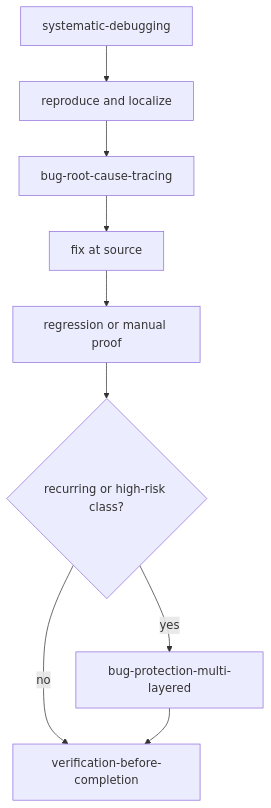
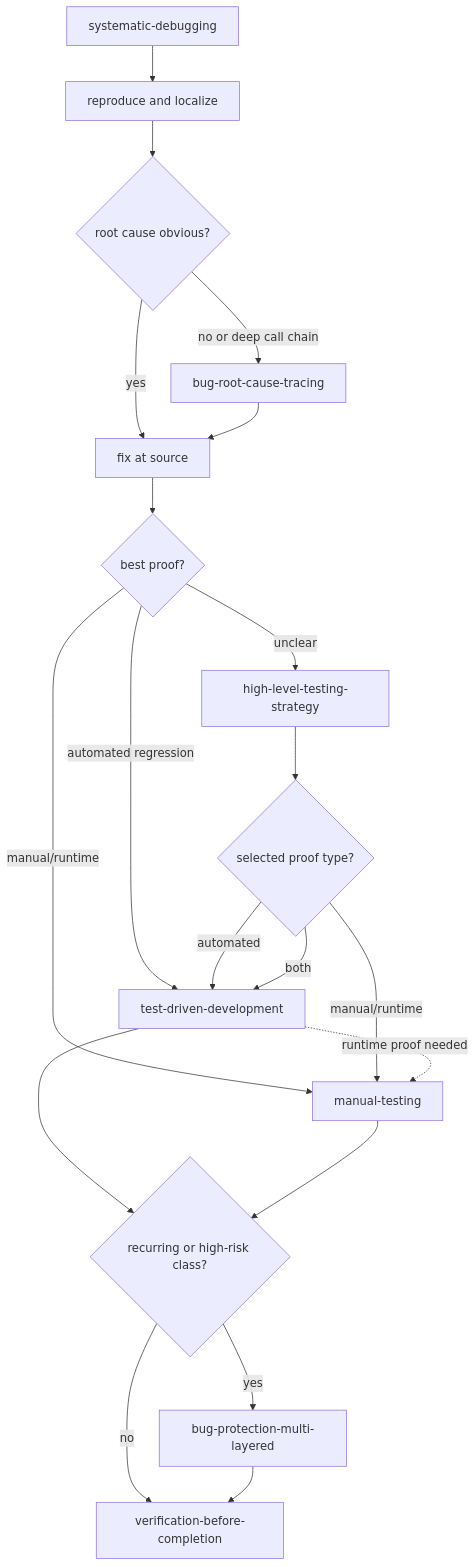
Before and after one commit to quick-brown-foxxx/myai: diagram 12 of 14 in skills/README.md, drawn with Mermaid. The commit also changed other lines of this file, not shown here.

````diff
--- a/skills/README.md
+++ b/skills/README.md
@@ -269,11 +385,22 @@
 ```mermaid
 flowchart TD
   A[systematic-debugging] --> B[reproduce and localize]
-  B --> C[bug-root-cause-tracing]
-  C --> D[fix at source]
-  D --> E[regression or manual proof]
-  E --> F{recurring or high-risk class?}
-  F -- yes --> G[bug-protection-multi-layered]
-  F -- no --> H[verification-before-completion]
-  G --> H
+  B --> C{root cause obvious?}
+  C -- no or deep call chain --> D[bug-root-cause-tracing]
+  C -- yes --> E[fix at source]
+  D --> E
+  E --> F{best proof?}
+  F -- unclear --> G[high-level-testing-strategy]
+  F -- automated regression --> H[test-driven-development]
+  F -- manual/runtime --> I[manual-testing]
+  G --> M{selected proof type?}
+  M -- automated --> H
+  M -- manual/runtime --> I
+  M -- both --> H
+  H -. runtime proof needed .-> I
+  H --> J{recurring or high-risk class?}
+  I --> J
+  J -- yes --> K[bug-protection-multi-layered]
+  J -- no --> L[verification-before-completion]
+  K --> L
 ```
````
